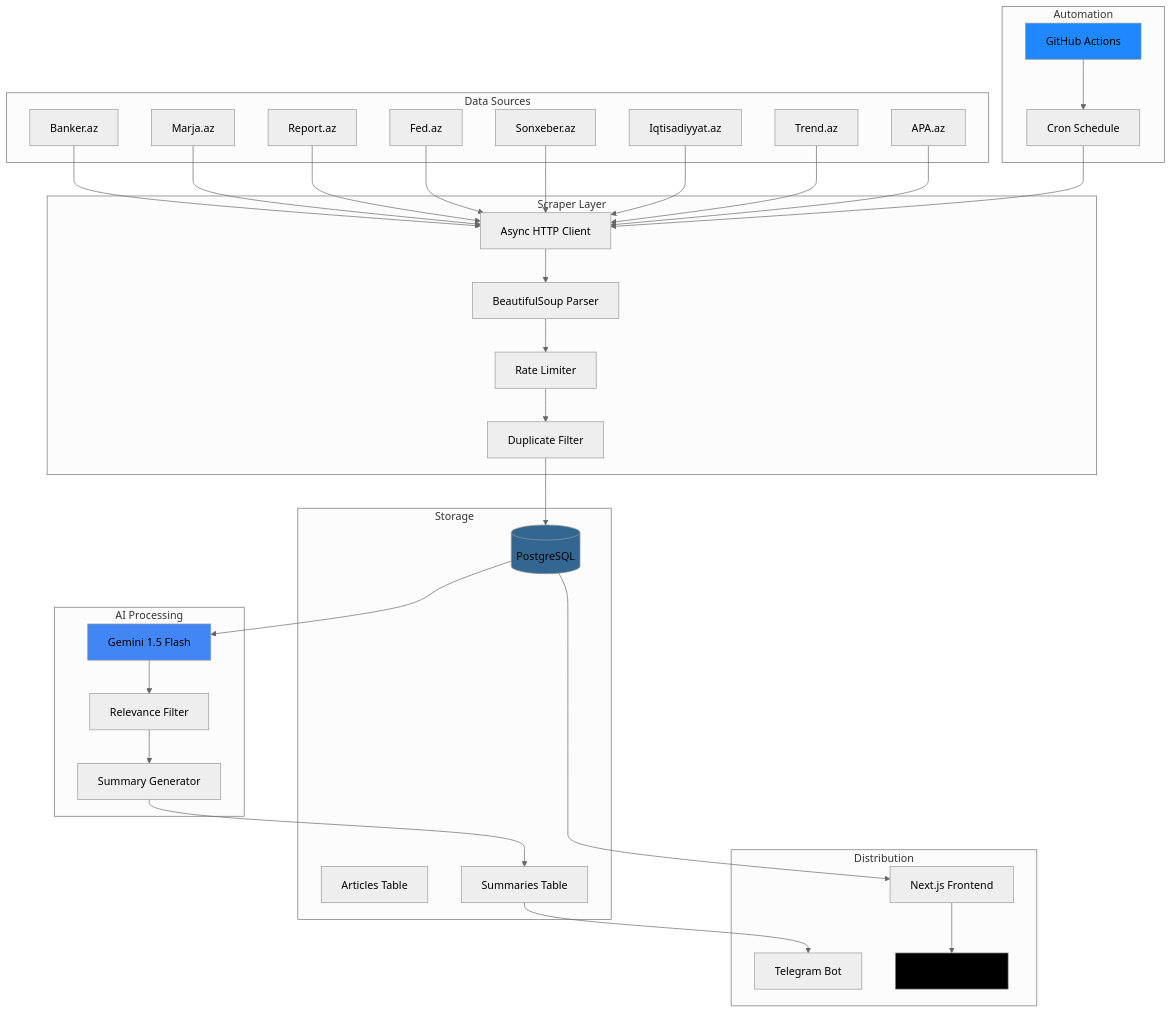
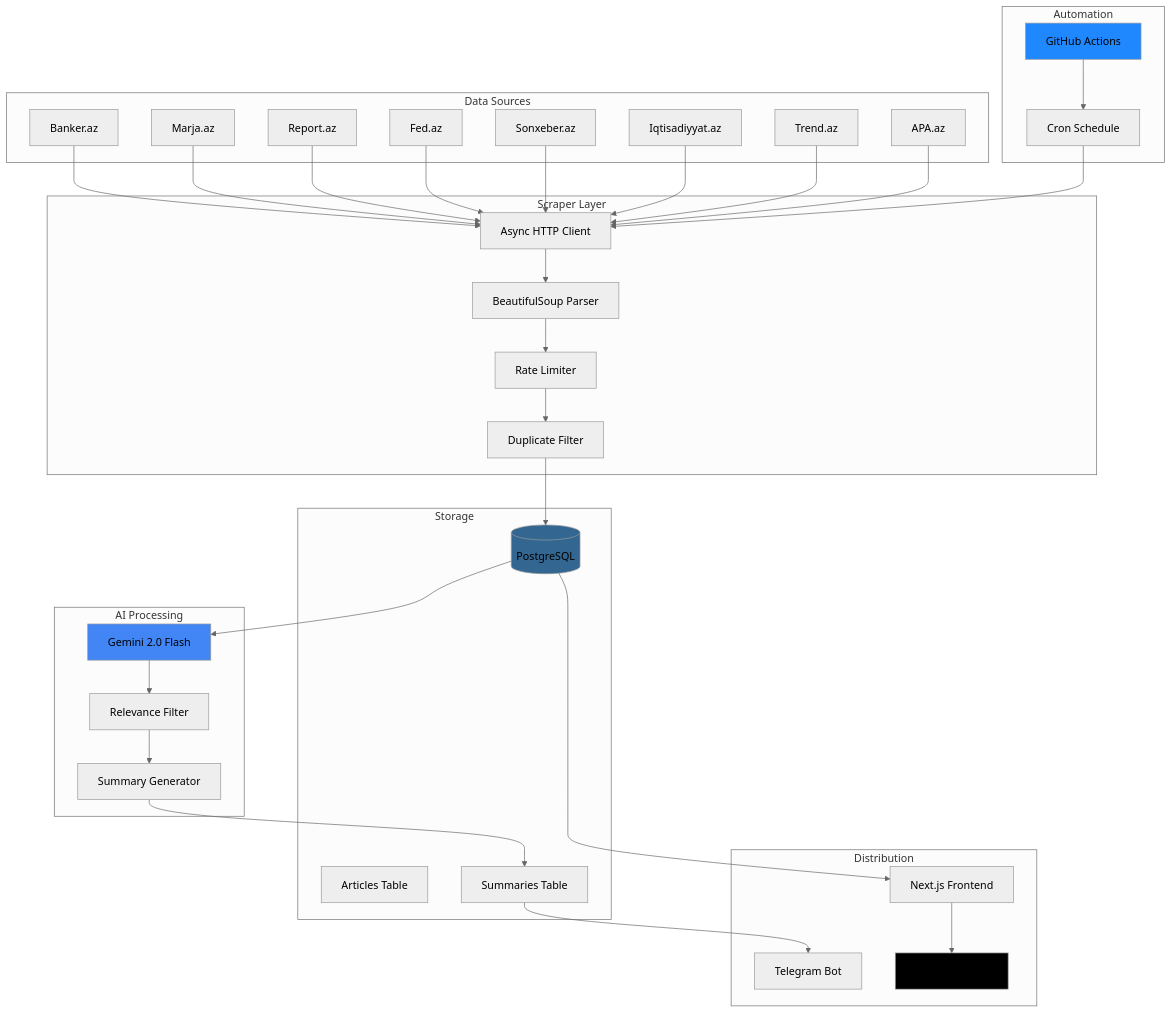
Before and after one commit to ProductIncubator/business_news: the first of 5 diagrams in README.md, drawn with Mermaid (neutral theme). The commit also changed other lines of this file and 1 other file, not shown here.

First line of the commit message:
Update Gemini model from 1.5-flash to 2.0-flash

````diff
--- a/README.md
+++ b/README.md
@@ -38,63 +38,63 @@
 ```mermaid
 graph TB
     subgraph "Data Sources"
         A1[Banker.az]
         A2[Marja.az]
         A3[Report.az]
         A4[Fed.az]
         A5[Sonxeber.az]
         A6[Iqtisadiyyat.az]
         A7[Trend.az]
         A8[APA.az]
     end
 
     subgraph "Scraper Layer"
         B1[Async HTTP Client]
         B2[BeautifulSoup Parser]
         B3[Rate Limiter]
         B4[Duplicate Filter]
     end
 
     subgraph "AI Processing"
-        C1[Gemini 1.5 Flash]
+        C1[Gemini 2.0 Flash]
         C2[Relevance Filter]
         C3[Summary Generator]
     end
 
     subgraph "Storage"
         D1[(PostgreSQL)]
         D2[Articles Table]
         D3[Summaries Table]
     end
 
     subgraph "Distribution"
         E1[Telegram Bot]
         E2[Next.js Frontend]
         E3[Vercel Hosting]
     end
 
     subgraph "Automation"
         F1[GitHub Actions]
         F2[Cron Schedule]
     end
 
     A1 & A2 & A3 & A4 & A5 & A6 & A7 & A8 --> B1
     B1 --> B2
     B2 --> B3
     B3 --> B4
     B4 --> D1
     D1 --> C1
     C1 --> C2
     C2 --> C3
     C3 --> D3
     D3 --> E1
     D1 --> E2
     E2 --> E3
     F1 --> F2
     F2 --> B1
 
     style C1 fill:#4285f4
     style D1 fill:#336791
     style E3 fill:#000000
     style F1 fill:#2088ff
 ```
````
